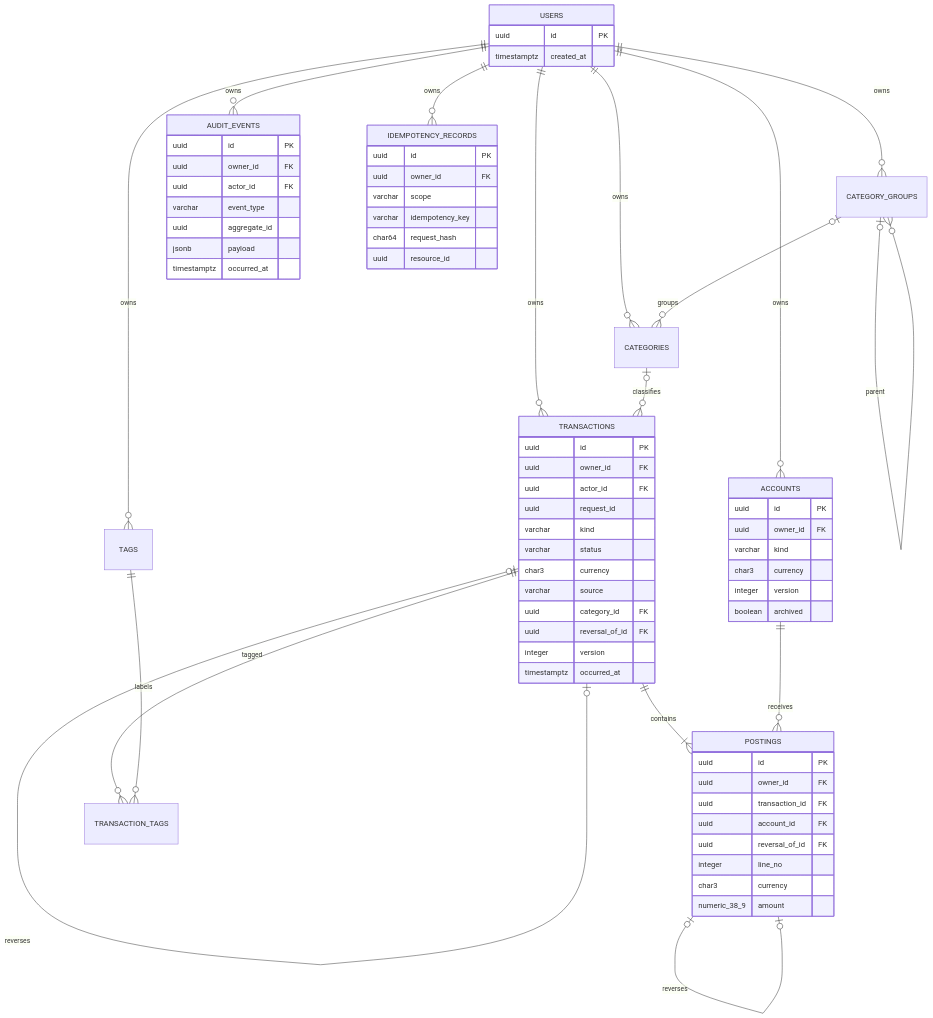
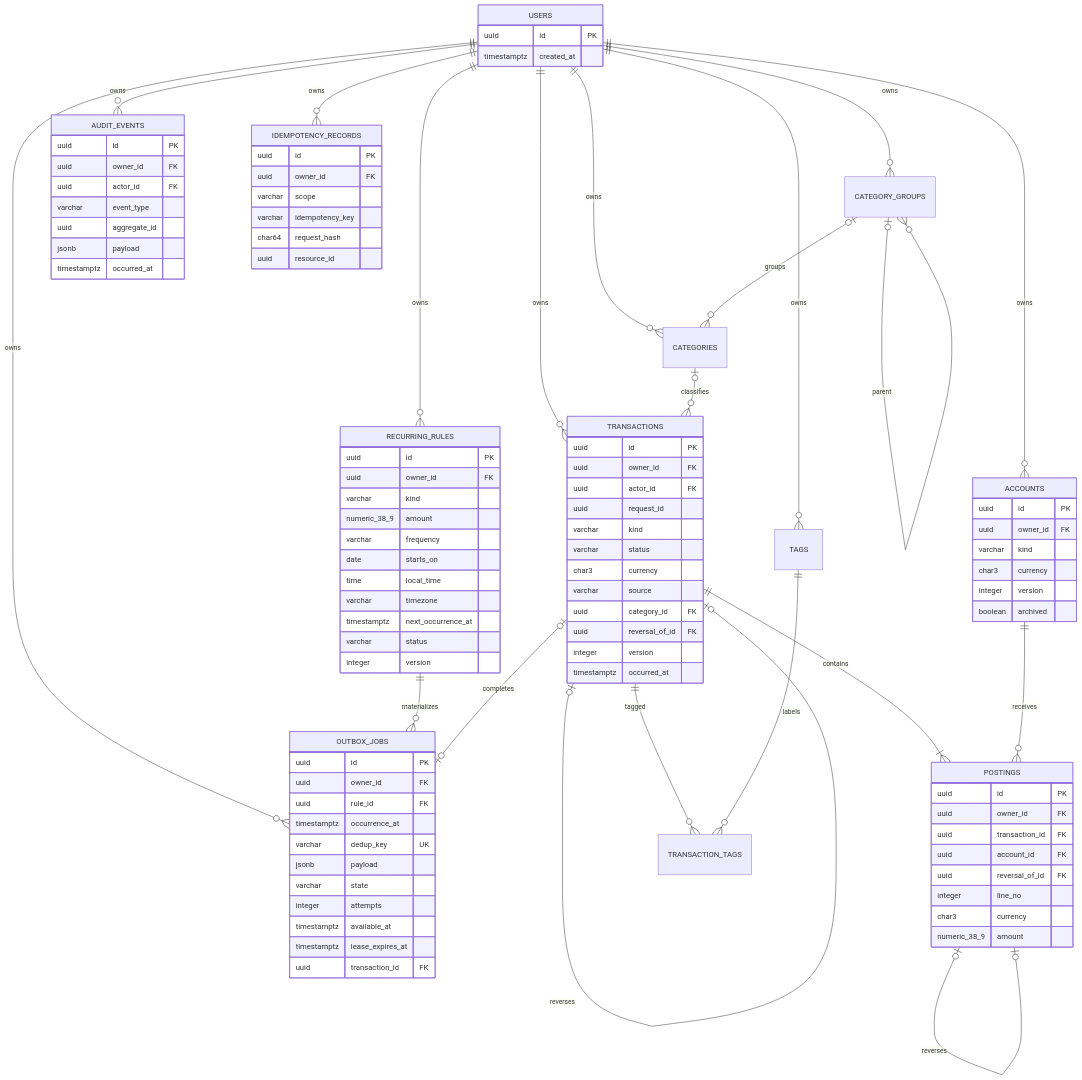
One commit to drema3-4/Financial-Analytics changed the diagram in docs/DATA_MODEL.md. Above: the diagram before and after it, drawn with Mermaid. The commit also changed other lines of this file and 25 other files, not shown here.

````diff
--- a/docs/DATA_MODEL.md
+++ b/docs/DATA_MODEL.md
@@ -16,6 +16,8 @@
     USERS ||--o{ TRANSACTIONS : owns
     USERS ||--o{ AUDIT_EVENTS : owns
     USERS ||--o{ IDEMPOTENCY_RECORDS : owns
+    USERS ||--o{ RECURRING_RULES : owns
+    USERS ||--o{ OUTBOX_JOBS : owns
     CATEGORY_GROUPS o|--o{ CATEGORY_GROUPS : parent
     CATEGORY_GROUPS o|--o{ CATEGORIES : groups
     CATEGORIES o|--o{ TRANSACTIONS : classifies
@@ -25,6 +27,8 @@
     POSTINGS o|--o| POSTINGS : reverses
     TRANSACTIONS ||--o{ TRANSACTION_TAGS : tagged
     TAGS ||--o{ TRANSACTION_TAGS : labels
+    RECURRING_RULES ||--o{ OUTBOX_JOBS : materializes
+    TRANSACTIONS o|--o| OUTBOX_JOBS : completes
 
     USERS {
         uuid id PK
@@ -79,4 +83,30 @@
         char64 request_hash
         uuid resource_id
     }
+    RECURRING_RULES {
+        uuid id PK
+        uuid owner_id FK
+        varchar kind
+        numeric_38_9 amount
+        varchar frequency
+        date starts_on
+        time local_time
+        varchar timezone
+        timestamptz next_occurrence_at
+        varchar status
+        integer version
+    }
+    OUTBOX_JOBS {
+        uuid id PK
+        uuid owner_id FK
+        uuid rule_id FK
+        timestamptz occurrence_at
+        varchar dedup_key UK
+        jsonb payload
+        varchar state
+        integer attempts
+        timestamptz available_at
+        timestamptz lease_expires_at
+        uuid transaction_id FK
+    }
 ```
````
